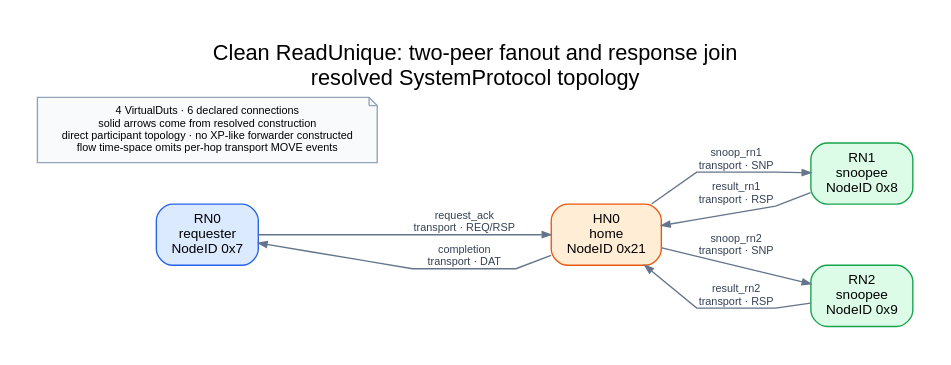
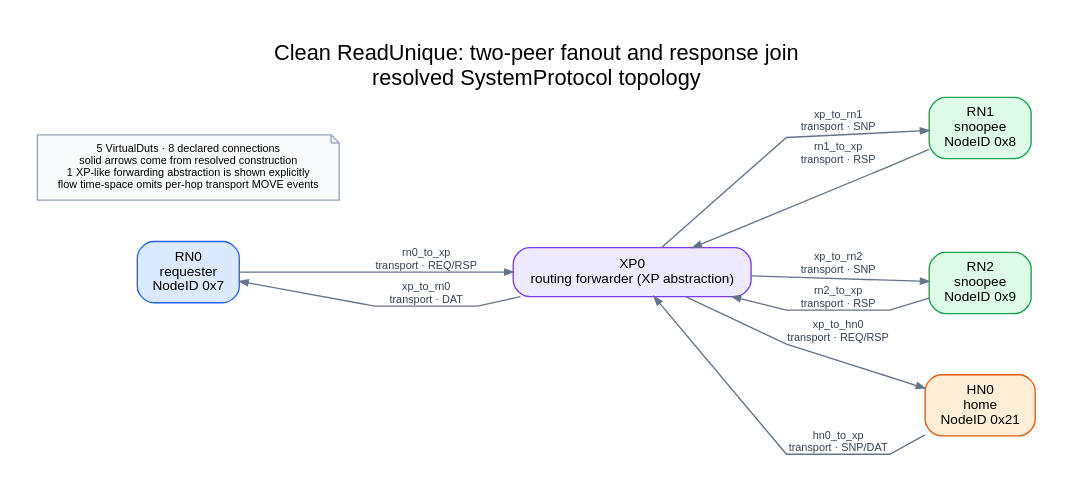
Before and after one commit to WhiteDeerPro/PROTOCOL_MODEL: the diagram in showcase/generated/chi/issue-h-flow-gallery/sources/cases/clean-read-unique-fanout/topology.dot, drawn with Graphviz. The commit also changed 74 other files, not shown here.

Commit message:
Route CHI flow witnesses through explicit XP

```diff
--- a/showcase/generated/chi/issue-h-flow-gallery/sources/cases/clean-read-unique-fanout/topology.dot
+++ b/showcase/generated/chi/issue-h-flow-gallery/sources/cases/clean-read-unique-fanout/topology.dot
@@ -1,16 +1,19 @@
 digraph "chi_flow_clean-read-unique-fanout" {
   graph [rankdir=LR, bgcolor="white", pad=0.28, nodesep=0.42, ranksep=0.72, splines=polyline, labelloc="t", label="Clean ReadUnique: two-peer fanout and response join\nresolved SystemProtocol topology", fontname="sans-serif", fontsize=16];
   node [shape=box, style="rounded,filled", fontname="sans-serif", fontsize=10, margin="0.13,0.08"];
   edge [fontname="sans-serif", fontsize=8, color="#64748b", fontcolor="#334155", arrowsize=0.62];
   "rn0" [label="RN0\nrequester\nNodeID 0x7", fillcolor="#dbeafe", color="#2563eb"];
   "rn1" [label="RN1\nsnoopee\nNodeID 0x8", fillcolor="#dcfce7", color="#16a34a"];
   "rn2" [label="RN2\nsnoopee\nNodeID 0x9", fillcolor="#dcfce7", color="#16a34a"];
   "hn0" [label="HN0\nhome\nNodeID 0x21", fillcolor="#ffedd5", color="#ea580c"];
-  "rn0" -> "hn0" [label="request_ack\ntransport · REQ/RSP", tooltip="rn0.tx_request_ack → hn0.rx_request_ack"];
-  "hn0" -> "rn0" [label="completion\ntransport · DAT", tooltip="hn0.tx_completion → rn0.rx_completion"];
-  "hn0" -> "rn1" [label="snoop_rn1\ntransport · SNP", tooltip="hn0.tx_snoop_rn1 → rn1.rx_snoop"];
-  "rn1" -> "hn0" [label="result_rn1\ntransport · RSP", tooltip="rn1.tx_snoop_result → hn0.rx_result_rn1"];
-  "hn0" -> "rn2" [label="snoop_rn2\ntransport · SNP", tooltip="hn0.tx_snoop_rn2 → rn2.rx_snoop"];
-  "rn2" -> "hn0" [label="result_rn2\ntransport · RSP", tooltip="rn2.tx_snoop_result → hn0.rx_result_rn2"];
-  evidence [shape=note, style="filled", fillcolor="#f8fafc", color="#94a3b8", fontsize=8, label="4 VirtualDuts · 6 declared connections\nsolid arrows come from resolved construction\ndirect participant topology · no XP-like forwarder constructed\nflow time-space omits per-hop transport MOVE events"];
+  "xp0" [label="XP0\nrouting forwarder (XP abstraction)", fillcolor="#ede9fe", color="#7c3aed"];
+  "rn0" -> "xp0" [label="rn0_to_xp\ntransport · REQ/RSP", tooltip="rn0.tx_to_xp → xp0.from_rn0"];
+  "hn0" -> "xp0" [label="hn0_to_xp\ntransport · SNP/DAT", tooltip="hn0.tx_to_xp → xp0.from_hn0"];
+  "xp0" -> "rn0" [label="xp_to_rn0\ntransport · DAT", tooltip="xp0.to_rn0 → rn0.rx_from_xp"];
+  "xp0" -> "hn0" [label="xp_to_hn0\ntransport · REQ/RSP", tooltip="xp0.to_hn0 → hn0.rx_from_xp"];
+  "rn1" -> "xp0" [label="rn1_to_xp\ntransport · RSP", tooltip="rn1.tx_to_xp → xp0.from_rn1"];
+  "xp0" -> "rn1" [label="xp_to_rn1\ntransport · SNP", tooltip="xp0.to_rn1 → rn1.rx_from_xp"];
+  "rn2" -> "xp0" [label="rn2_to_xp\ntransport · RSP", tooltip="rn2.tx_to_xp → xp0.from_rn2"];
+  "xp0" -> "rn2" [label="xp_to_rn2\ntransport · SNP", tooltip="xp0.to_rn2 → rn2.rx_from_xp"];
+  evidence [shape=note, style="filled", fillcolor="#f8fafc", color="#94a3b8", fontsize=8, label="5 VirtualDuts · 8 declared connections\nsolid arrows come from resolved construction\n1 XP-like forwarding abstraction is shown explicitly\nflow time-space omits per-hop transport MOVE events"];
 }
```
